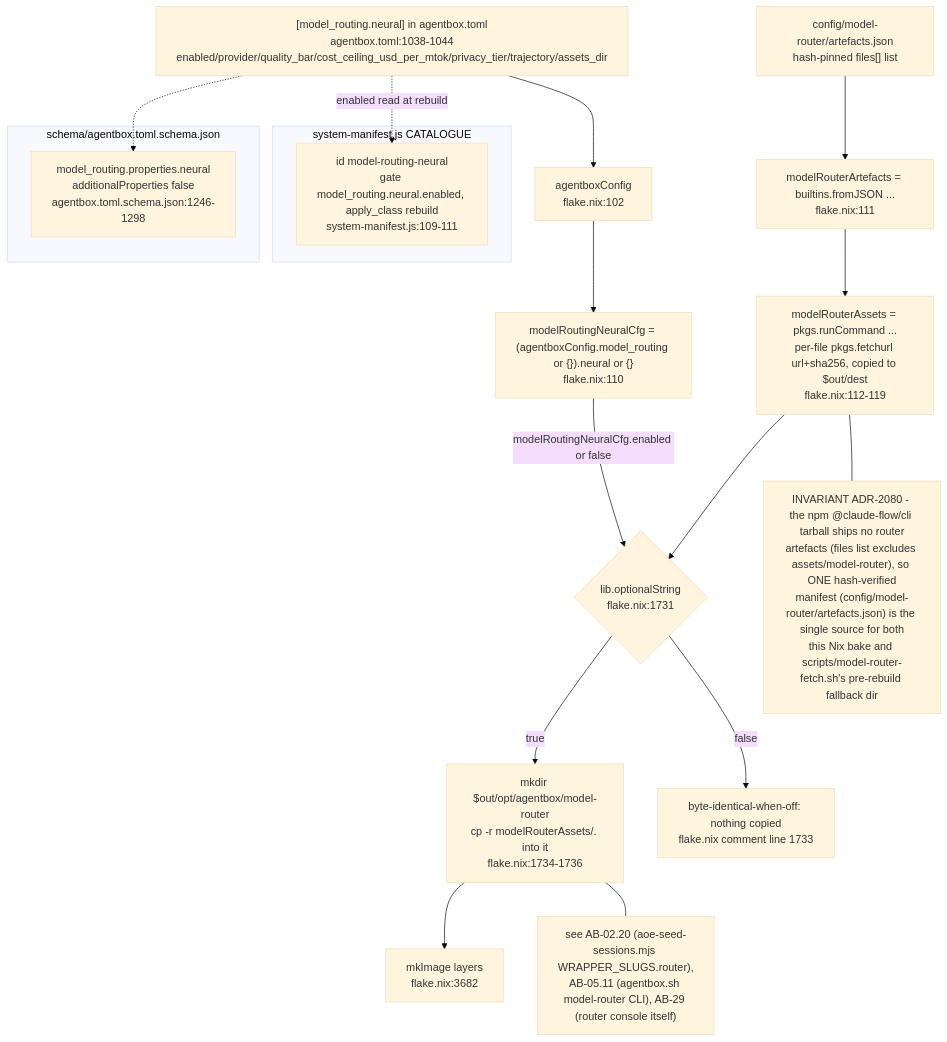
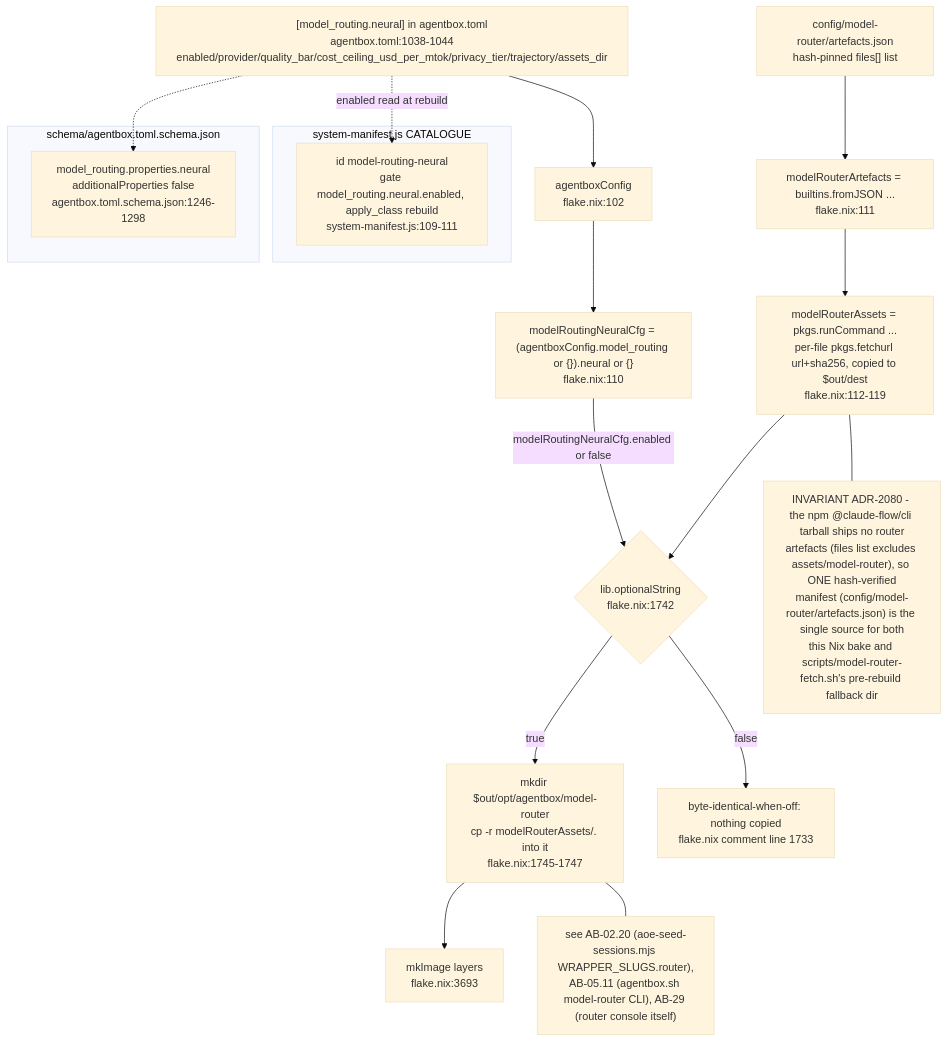
Before and after one commit to DreamLab-AI/VisionFlow: diagram 11 of 11 in docs/diagrams/agentbox/01-nix-flake-composition.md, drawn with Mermaid (base theme). The commit also changed other lines of this file and 292 other files, not shown here.

````diff
--- a/docs/diagrams/agentbox/01-nix-flake-composition.md
+++ b/docs/diagrams/agentbox/01-nix-flake-composition.md
@@ -437,29 +437,29 @@
 ```mermaid
 flowchart TB
     TOML2["[model_routing.neural] in agentbox.toml<br/>agentbox.toml:1038-1044<br/>enabled/provider/quality_bar/cost_ceiling_usd_per_mtok/privacy_tier/trajectory/assets_dir"] --> CFG2["agentboxConfig<br/>flake.nix:102"]
     CFG2 --> MRNCFG["modelRoutingNeuralCfg = (agentboxConfig.model_routing or {}).neural or {}<br/>flake.nix:110"]
     ARTJSON["config/model-router/artefacts.json<br/>hash-pinned files[] list"] --> MRNFETCH["modelRouterArtefacts = builtins.fromJSON ...<br/>flake.nix:111"]
     MRNFETCH --> MRNASSETS["modelRouterAssets = pkgs.runCommand ...<br/>per-file pkgs.fetchurl url+sha256, copied to $out/dest<br/>flake.nix:112-119"]
 
-    MRNCFG -->|"modelRoutingNeuralCfg.enabled or false"| GATE{"lib.optionalString<br/>flake.nix:1731"}
+    MRNCFG -->|"modelRoutingNeuralCfg.enabled or false"| GATE{"lib.optionalString<br/>flake.nix:1742"}
     MRNASSETS --> GATE
-    GATE -->|true| BAKE["mkdir $out/opt/agentbox/model-router<br/>cp -r modelRouterAssets/. into it<br/>flake.nix:1734-1736"]
+    GATE -->|true| BAKE["mkdir $out/opt/agentbox/model-router<br/>cp -r modelRouterAssets/. into it<br/>flake.nix:1745-1747"]
     GATE -->|false| SKIP["byte-identical-when-off: nothing copied<br/>flake.nix comment line 1733"]
-    BAKE --> ALLPKG2["mkImage layers<br/>flake.nix:3682"]
+    BAKE --> ALLPKG2["mkImage layers<br/>flake.nix:3693"]
 
     subgraph MANIFEST2["system-manifest.js CATALOGUE"]
         MRNENTRY["id model-routing-neural<br/>gate model_routing.neural.enabled, apply_class rebuild<br/>system-manifest.js:109-111"]
     end
     TOML2 -.->|"enabled read at rebuild"| MRNENTRY
 
     subgraph SCHEMA2["schema/agentbox.toml.schema.json"]
         NEURALSCHEMA["model_routing.properties.neural<br/>additionalProperties false<br/>agentbox.toml.schema.json:1246-1298"]
     end
     TOML2 -.-> NEURALSCHEMA
 
     NOTE1["INVARIANT ADR-2080 - the npm @claude-flow/cli tarball ships no router<br/>artefacts (files list excludes assets/model-router), so ONE hash-verified<br/>manifest (config/model-router/artefacts.json) is the single source for both<br/>this Nix bake and scripts/model-router-fetch.sh's pre-rebuild fallback dir"]
     MRNASSETS --- NOTE1
 
     NOTE2["see AB-02.20 (aoe-seed-sessions.mjs WRAPPER_SLUGS.router),<br/>AB-05.11 (agentbox.sh model-router CLI), AB-29 (router console itself)"]
     BAKE --- NOTE2
 ```
````
